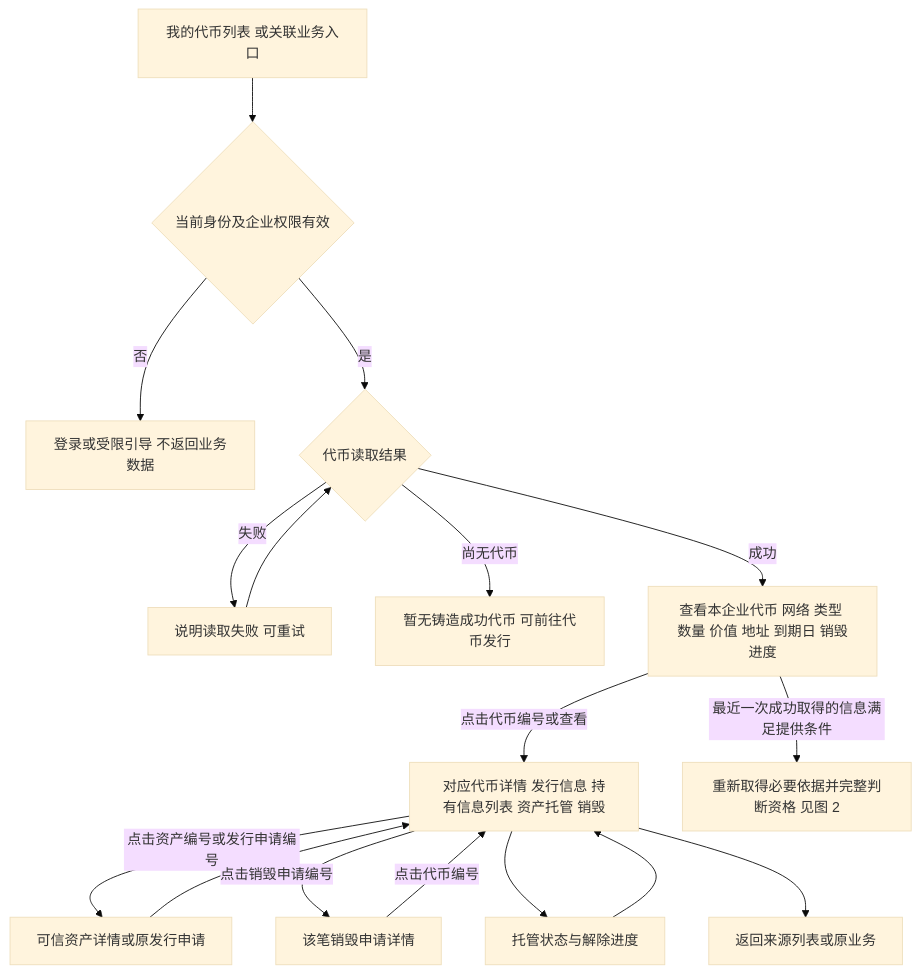
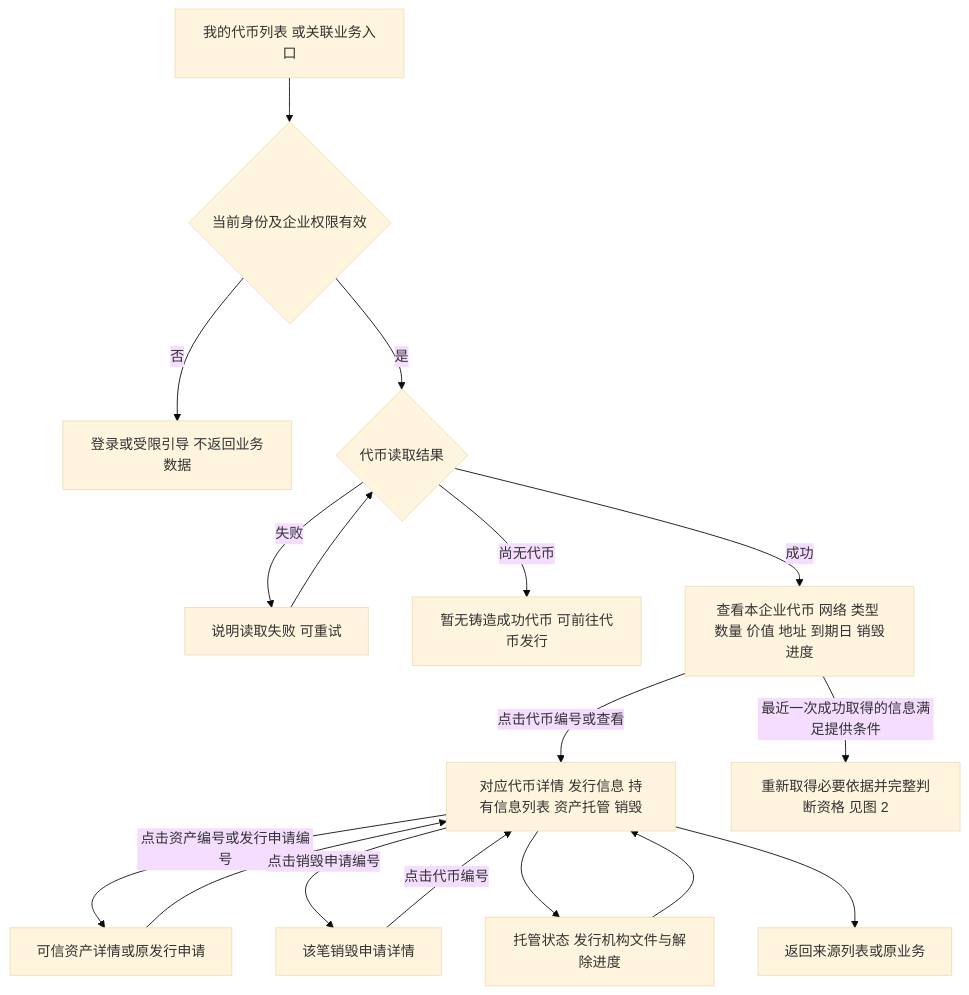
The first of 4 diagrams in token-issuance-platform/PRD/面客端/M4a-我的代币与销毁申请/02-我的代币与销毁申请-流程图与状态机.md (wxblockchain/Chain-Financing), drawn with Mermaid (base theme) before and after one commit. The commit also changed 7 other files, not shown here.

````diff
--- a/token-issuance-platform/PRD/面客端/M4a-我的代币与销毁申请/02-我的代币与销毁申请-流程图与状态机.md
+++ b/token-issuance-platform/PRD/面客端/M4a-我的代币与销毁申请/02-我的代币与销毁申请-流程图与状态机.md
@@ -17,19 +17,19 @@
 ```mermaid
 flowchart TD
     A[我的代币列表 或关联业务入口] --> B{当前身份及企业权限有效}
     B -->|否| C[登录或受限引导 不返回业务数据]
     B -->|是| D{代币读取结果}
     D -->|失败| E[说明读取失败 可重试]
     E --> D
     D -->|尚无代币| F[暂无铸造成功代币 可前往代币发行]
     D -->|成功| G[查看本企业代币 网络 类型 数量 价值 地址 到期日 销毁进度]
     G -->|点击代币编号或查看| H[对应代币详情 发行信息 持有信息列表 资产托管 销毁]
     G -->|最近一次成功取得的信息满足提供条件| X[重新取得必要依据并完整判断资格 见图 2]
     H -->|点击资产编号或发行申请编号| I[可信资产详情或原发行申请]
     I --> H
     H -->|点击销毁申请编号| J[该笔销毁申请详情]
     J -->|点击代币编号| H
-    H --> P[托管状态与解除进度]
+    H --> P[托管状态 发行机构文件与解除进度]
     P --> H
     H --> K[返回来源列表或原业务]
 ```
````
